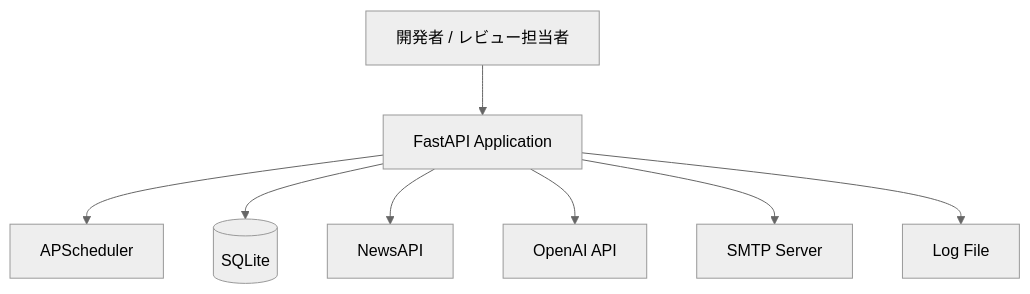
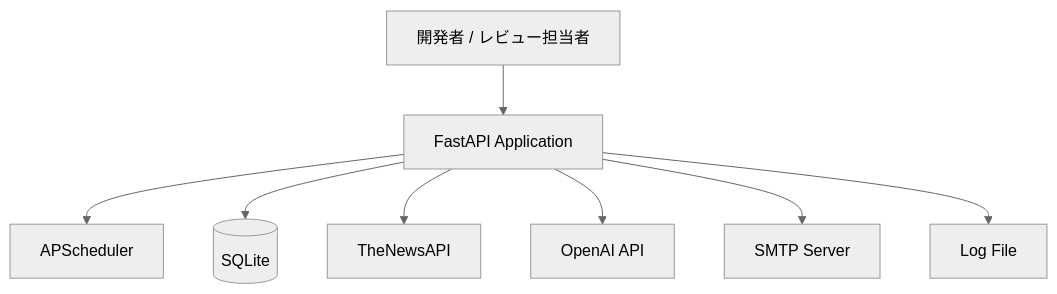
One commit to vincentmango-wen/AINewsDigestApp-mvp changed the diagram in docoments/技術選定資料.md. Above: the diagram before and after it, drawn with Mermaid (neutral theme). The commit also changed other lines of this file and 8 other files, not shown here.

````diff
--- a/docoments/技術選定資料.md
+++ b/docoments/技術選定資料.md
@@ -142,10 +142,10 @@
 ```mermaid
 flowchart TD
   user[開発者 / レビュー担当者] --> api[FastAPI Application]
   api --> scheduler[APScheduler]
   api --> db[(SQLite)]
-  api --> news[NewsAPI]
+  api --> news[TheNewsAPI]
   api --> ai[OpenAI API]
   api --> smtp[SMTP Server]
   api --> log[Log File]
 ```
````
